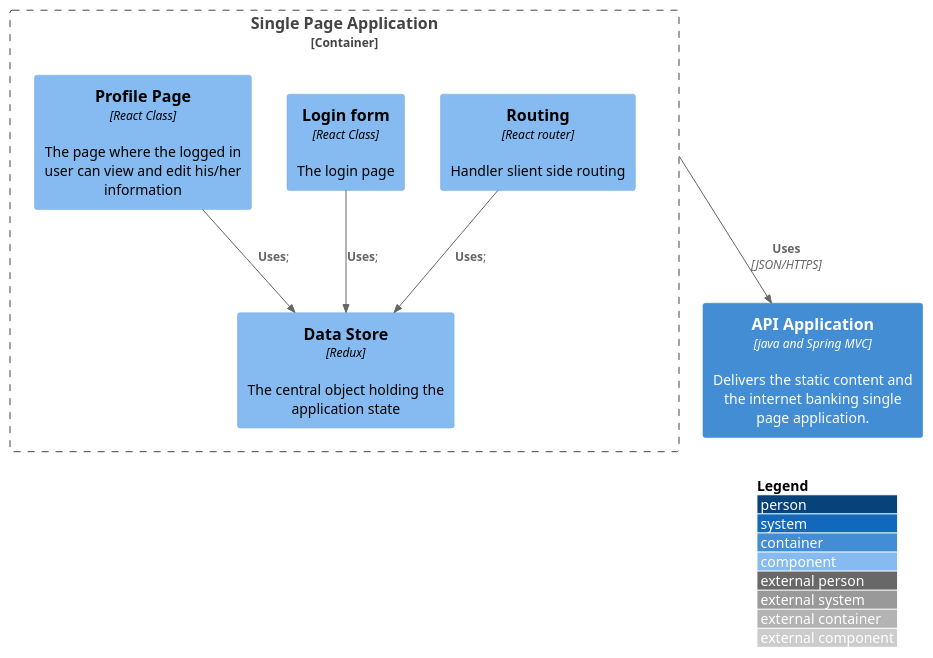
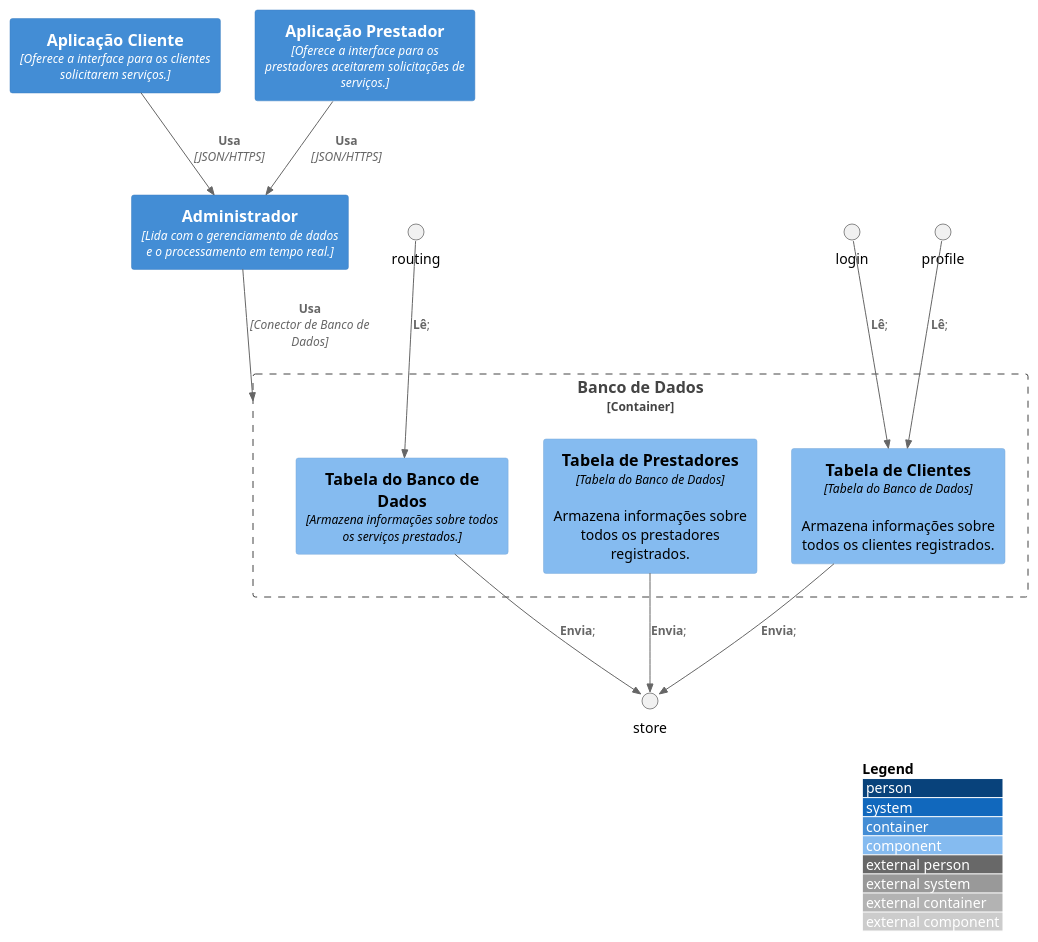
One commit to Emanuelle-Machado/DisciplinasTSI changed the diagram in projeto-c4builder/Projeto-SPS/src/1 Internet Banking System/Single Page Application/container.puml. Above: the diagram before and after it, drawn with PlantUML. The commit also changed 58 other files, not shown here.

```diff
--- a/projeto-c4builder/Projeto-SPS/src/1 Internet Banking System/Single Page Application/container.puml
+++ b/projeto-c4builder/Projeto-SPS/src/1 Internet Banking System/Single Page Application/container.puml
@@ -1,21 +1,31 @@
 @startuml
 !include https://raw.githubusercontent.com/adrianvlupu/C4-PlantUML/latest/C4_Component.puml
 
 LAYOUT_WITH_LEGEND()
 
-Container(api, "API Application", "java and Spring MVC", "Delivers the static content and the internet banking single page application.")
+Container(client, "Aplicação Cliente", "Oferece a interface para os clientes solicitarem serviços.")
 
-Container_Boundary(spa, "Single Page Application") {
-    Component(routing, "Routing", "React router", "Handler slient side routing")
-    Component(store, "Data Store", "Redux", "The central object holding the application state")
-    Component(login, "Login form", "React Class", "The login page")
-    Component(profile, "Profile Page", "React Class", "The page where the logged in user can view and edit his/her information")
+Container(driver, "Aplicação Prestador", "Oferece a interface para os prestadores aceitarem solicitações de serviços.")
+
+Container(api, "Administrador", "Lida com o gerenciamento de dados e o processamento em tempo real.")
+
+Container_Boundary(database, "Banco de Dados") {
+    Component(trips, "Tabela do Banco de Dados", "Armazena informações sobre todos os serviços prestados.")
+    Component(drivers, "Tabela de Prestadores", "Tabela do Banco de Dados", "Armazena informações sobre todos os prestadores registrados.")
+    Component(clients, "Tabela de Clientes", "Tabela do Banco de Dados", "Armazena informações sobre todos os clientes registrados.")
 }
 
-Rel(spa, api, "Uses", "JSON/HTTPS")
+Rel(client, api, "Usa", "JSON/HTTPS")
+Rel(driver, api, "Usa", "JSON/HTTPS")
 
-Rel(login, store, "Uses");
-Rel(routing, store, "Uses");
-Rel(profile, store, "Uses");
+Rel(api, database, "Usa", "Conector de Banco de Dados")
+
+Rel(trips, store, "Envia");
+Rel(drivers, store, "Envia");
+Rel(clients, store, "Envia");
+
+Rel(routing, trips, "Lê");
+Rel(login, clients, "Lê");
+Rel(profile, clients, "Lê");
 
 @enduml
```
